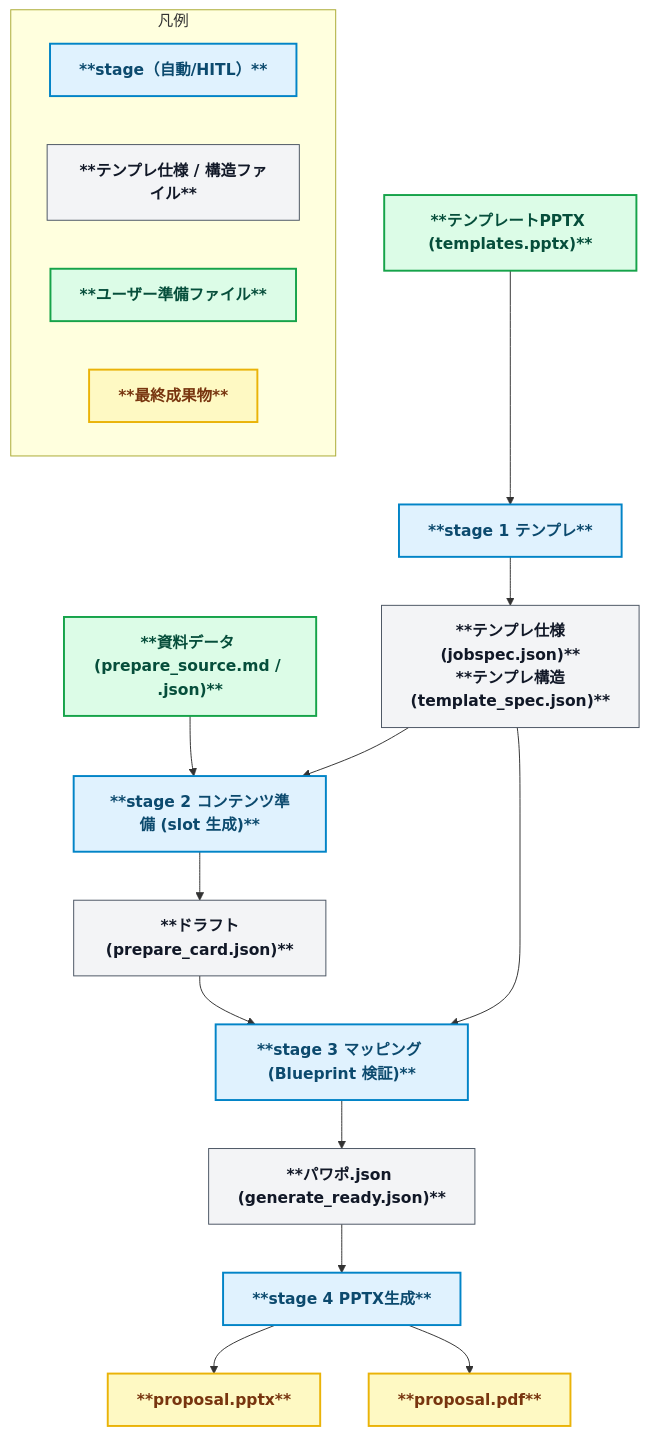
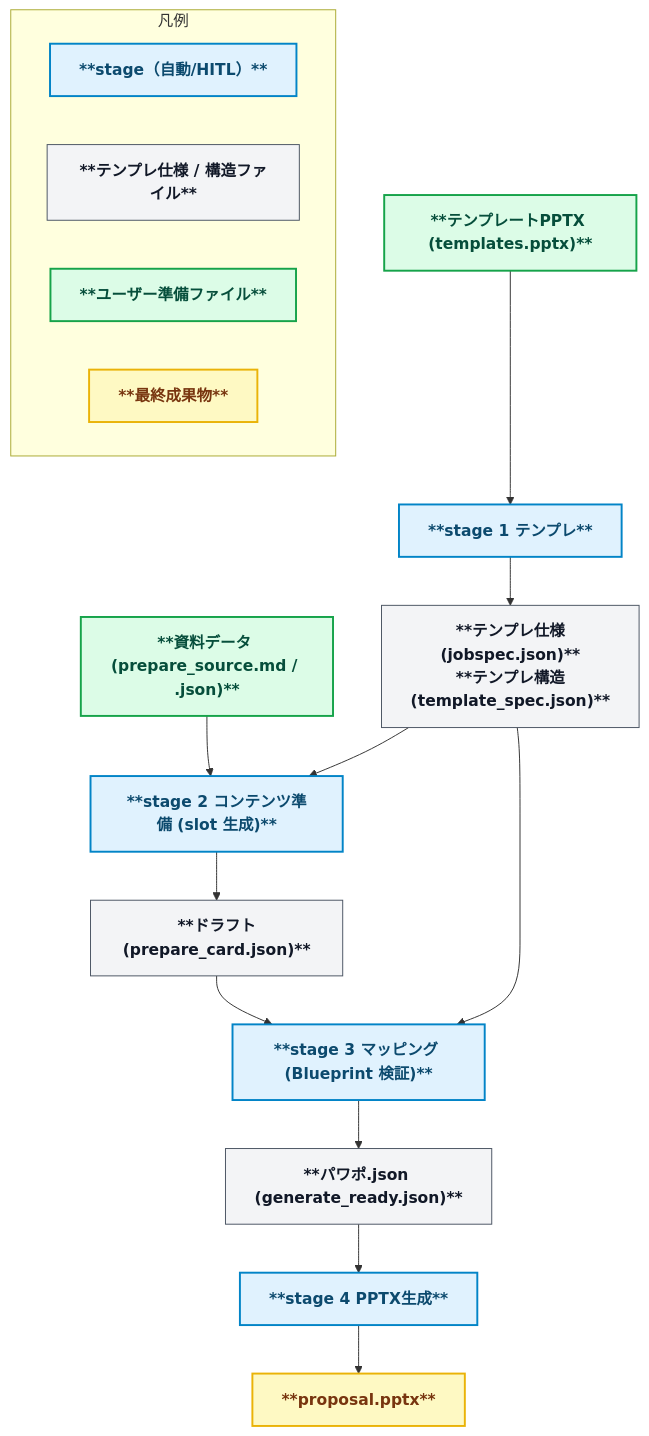
The second of 2 diagrams in README.md (yurake/pptx_generator), drawn with Mermaid before and after one commit. The commit also changed other lines of this file, not shown here.

````diff
--- a/README.md
+++ b/README.md
@@ -92,37 +91,36 @@
 ```mermaid
 flowchart TD
   %% ======= Styles =======
   classDef stage fill:#e0f2fe,stroke:#0284c7,stroke-width:2px,color:#0c4a6e,font-weight:bold;
   classDef file fill:#f3f4f6,stroke:#4b5563,stroke-width:1px,color:#111827,font-weight:bold;
   classDef userfile fill:#dcfce7,stroke:#16a34a,stroke-width:2px,color:#064e3b,font-weight:bold;
   classDef final fill:#fef9c3,stroke:#eab308,stroke-width:2px,color:#78350f,font-weight:bold;
 
   %% ======= Stage 1 =======
   TmplStatic["**テンプレートPPTX (templates.pptx)**"]:::userfile --> S1Static["**stage 1 テンプレ**"]:::stage
   S1Static --> SpecStatic["**テンプレ仕様(jobspec.json)**<br/>**テンプレ構造(template_spec.json)**"]:::file
 
   %% ======= Stage 2 =======
   PrepareStatic["**資料データ (prepare_source.md / .json)**"]:::userfile --> S2Static["**stage 2 コンテンツ準備 (slot 生成)**"]:::stage
   SpecStatic --> S2Static
   S2Static --> PrepareCardsStatic["**ドラフト(prepare_card.json)**"]:::file
   PrepareCardsStatic --> S3Static
 
   %% ======= Stage 3 =======
   S3Static["**stage 3 マッピング (Blueprint 検証)**"]:::stage
   SpecStatic --> S3Static
   S3Static --> ReadyStatic["**パワポ.json (generate_ready.json)**"]:::file
 
   %% ======= Stage 4 =======
   ReadyStatic --> S4Static["**stage 4 PPTX生成**"]:::stage
   S4Static --> PPTXStatic["**proposal.pptx**"]:::final
-  S4Static --> PDFStatic["**proposal.pdf**"]:::final
 
   %% ======= Legend =======
   subgraph LegendStatic[凡例]
     direction LR
     B1["**stage（自動/HITL）**"]:::stage
     B2["**テンプレ仕様 / 構造ファイル**"]:::file
     B3["**ユーザー準備ファイル**"]:::userfile
     B4["**最終成果物**"]:::final
   end
 ```
````
